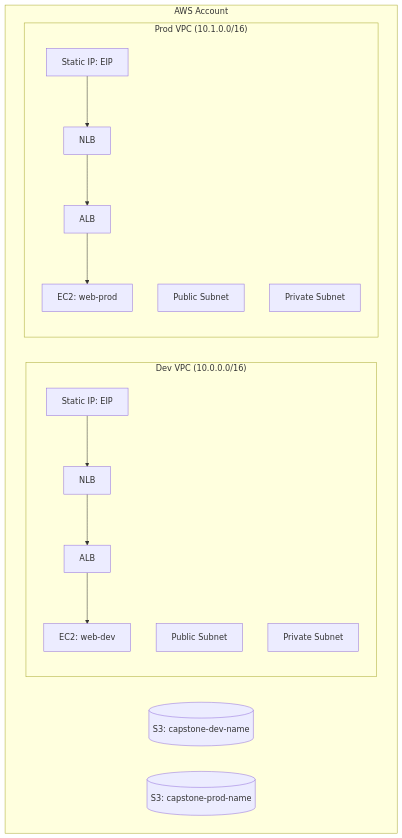
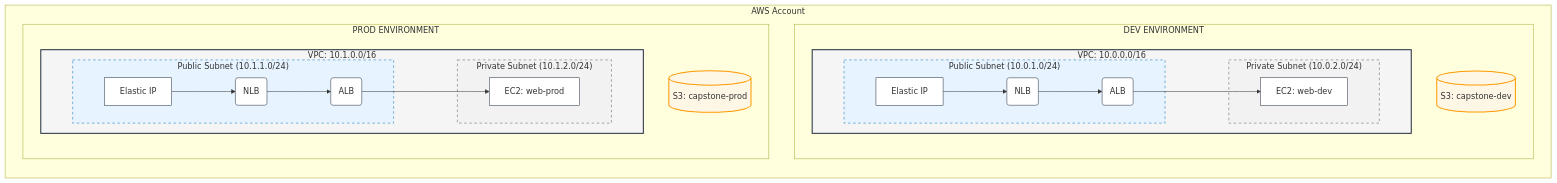
Before and after one commit to luhurfatah/intern-labs-1: the diagram in labs/Project_Capstone_Import.md, drawn with Mermaid.

Commit message:
feat: Add project context and update the multi-environment AWS architecture diagram.

````diff
--- a/labs/Project_Capstone_Import.md
+++ b/labs/Project_Capstone_Import.md
@@ -9,21 +9,48 @@
 ```mermaid
 graph TD
+    %% Styling
+    classDef vpc fill:#f5f5f5,stroke:#232f3e,stroke-width:2px;
+    classDef pubSubnet fill:#e7f3ff,stroke:#0073bb,stroke-width:1px,stroke-dasharray: 5 5;
+    classDef privSubnet fill:#f2f2f2,stroke:#545b64,stroke-width:1px,stroke-dasharray: 5 5;
+    classDef resource fill:#ffffff,stroke:#232f3e,stroke-width:1px;
+    classDef s3 fill:#fff7e6,stroke:#ff9900,stroke-width:2px;
+
     subgraph "AWS Account"
-        subgraph "Dev VPC (10.0.0.0/16)"
-            DNBS[Static IP: EIP] --> DNLB[NLB]
-            DNLB --> DALB[ALB]
-            DALB --> DEC2[EC2: web-dev]
-            DPub[Public Subnet]
-            DPriv[Private Subnet]
+        direction TB
+
+        subgraph DevEnv ["DEV ENVIRONMENT"]
+            direction TB
+            subgraph DevVPC ["VPC: 10.0.0.0/16"]
+                subgraph DevPub ["Public Subnet (10.0.1.0/24)"]
+                    D_EIP[Elastic IP] --> D_NLB(NLB)
+                    D_NLB --> D_ALB(ALB)
+                end
+                subgraph DevPriv ["Private Subnet (10.0.2.0/24)"]
+                    D_ALB --> D_EC2[EC2: web-dev]
+                end
+            end
+            D_S3[(S3: capstone-dev)]
         end
-        subgraph "Prod VPC (10.1.0.0/16)"
-            PNBS[Static IP: EIP] --> PNLB[NLB]
-            PNLB --> PALB[ALB]
-            PALB --> PEC2[EC2: web-prod]
-            PPub[Public Subnet]
-            PPriv[Private Subnet]
+
+        subgraph ProdEnv ["PROD ENVIRONMENT"]
+            direction TB
+            subgraph ProdVPC ["VPC: 10.1.0.0/16"]
+                subgraph ProdPub ["Public Subnet (10.1.1.0/24)"]
+                    P_EIP[Elastic IP] --> P_NLB(NLB)
+                    P_NLB --> P_ALB(ALB)
+                end
+                subgraph ProdPriv ["Private Subnet (10.1.2.0/24)"]
+                    P_ALB --> P_EC2[EC2: web-prod]
+                end
+            end
+            P_S3[(S3: capstone-prod)]
         end
-        S3Dev[(S3: capstone-dev-name)]
-        S3Prod[(S3: capstone-prod-name)]
     end
+
+    %% Assign Classes
+    class DevVPC,ProdVPC vpc;
+    class DevPub,ProdPub pubSubnet;
+    class DevPriv,ProdPriv privSubnet;
+    class D_EIP,D_NLB,D_ALB,D_EC2,P_EIP,P_NLB,P_ALB,P_EC2 resource;
+    class D_S3,P_S3 s3;
 ```
````
